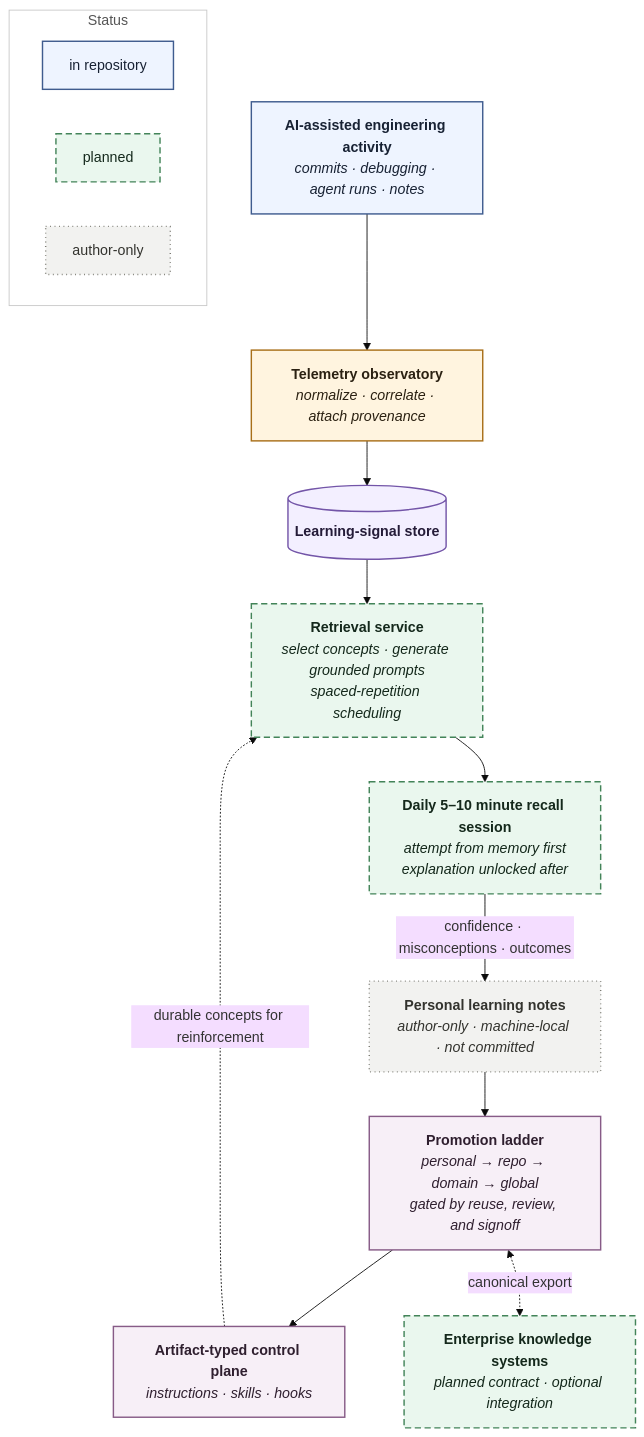
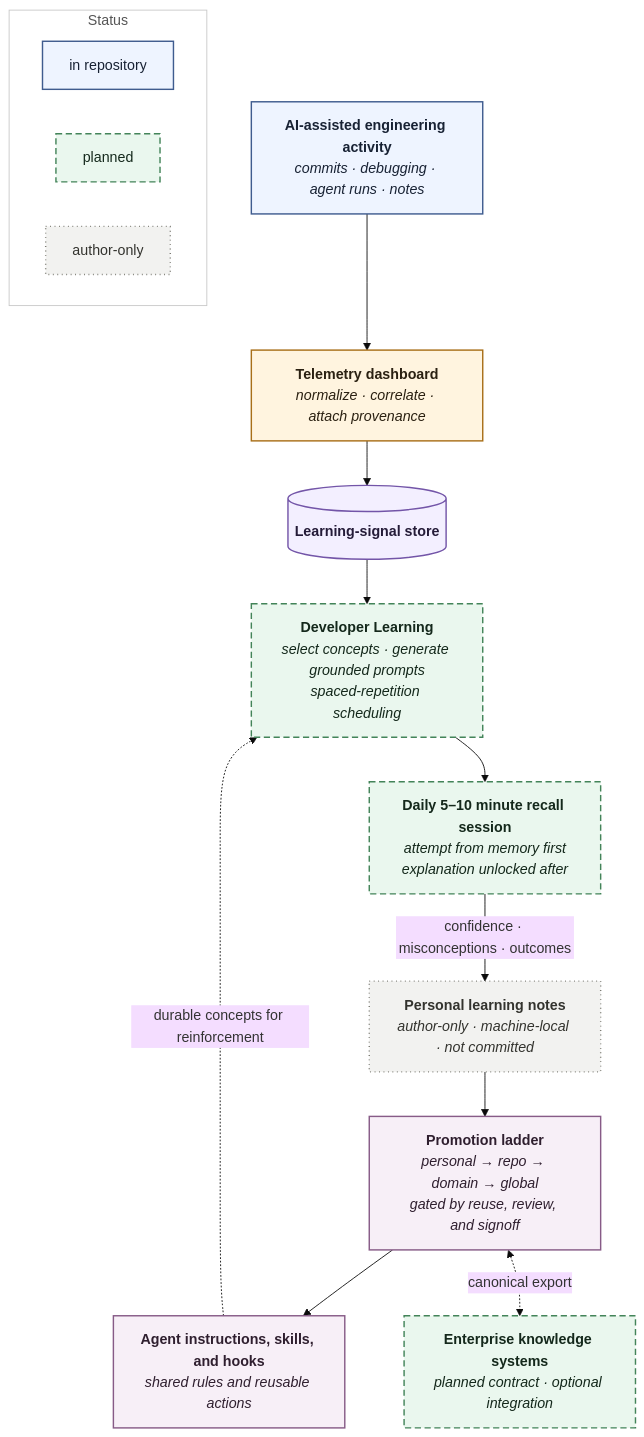
The diagram in platform/developer-learning-retrieval/README.md (Oak-22/agentic-engineering-platform), drawn with Mermaid (base theme) before and after one commit. The commit also changed other lines of this file and 41 other files, not shown here.

Commit message:
Simplify platform vocabulary and rename Observatory to Dashboard

````diff
--- a/platform/developer-learning-retrieval/README.md
+++ b/platform/developer-learning-retrieval/README.md
@@ -23,54 +24,54 @@
 ```mermaid
 flowchart TB
   Activity["`**AI-assisted engineering activity**
   *commits · debugging · agent runs · notes*`"]
-  Observatory["`**Telemetry observatory**
+  Dashboard["`**Telemetry dashboard**
   *normalize · correlate · attach provenance*`"]
   Signals[("`**Learning-signal store**`")]
-  Retrieval["`**Retrieval service**
+  Retrieval["`**Developer Learning**
   *select concepts · generate grounded prompts*
   *spaced-repetition scheduling*`"]
   Session["`**Daily 5–10 minute recall session**
   *attempt from memory first*
   *explanation unlocked after*`"]
   Personal["`**Personal learning notes**
   *author-only · machine-local · not committed*`"]
   Promotion["`**Promotion ladder**
   *personal → repo → domain → global*
   *gated by reuse, review, and signoff*`"]
-  Artifacts["`**Artifact-typed control plane**
-  *instructions · skills · hooks*`"]
+  Artifacts["`**Agent instructions, skills, and hooks**
+  *shared rules and reusable actions*`"]
   Enterprise["`**Enterprise knowledge systems**
   *planned contract · optional integration*`"]
 
-  Activity --> Observatory --> Signals --> Retrieval --> Session
+  Activity --> Dashboard --> Signals --> Retrieval --> Session
   Session -->|"confidence · misconceptions · outcomes"| Personal
   Personal --> Promotion
   Promotion --> Artifacts
   Promotion <-.->|"canonical export"| Enterprise
   Artifacts -.->|"durable concepts for reinforcement"| Retrieval
 
   subgraph Legend[" Status "]
     direction LR
     L1["`in repository`"]
     L2["`planned`"]
     L3["`author-only`"]
   end
 
   classDef built fill:#eef4ff,stroke:#3f5c8f,stroke-width:1.6px,color:#182234;
   classDef ingest fill:#fff4df,stroke:#a86f18,stroke-width:1.6px,color:#2b2112;
   classDef store fill:#f3efff,stroke:#7355a8,stroke-width:1.6px,color:#241b38;
   classDef knowledge fill:#f7eff7,stroke:#875b87,stroke-width:1.6px,color:#2f1f2f;
   classDef planned fill:#eaf7ee,stroke:#438459,stroke-width:1.6px,color:#14281b,stroke-dasharray: 7 4;
   classDef personal fill:#f2f2f0,stroke:#7a7a72,stroke-width:1.6px,color:#33332e,stroke-dasharray: 1 4;
 
   class Activity built;
-  class Observatory ingest;
+  class Dashboard ingest;
   class Signals store;
   class Retrieval,Session,Enterprise planned;
   class Promotion,Artifacts knowledge;
   class Personal,L3 personal;
   class L1 built;
   class L2 planned;
   style Legend fill:#ffffff,stroke:#c8c8c8,color:#555555;
 ```
````
